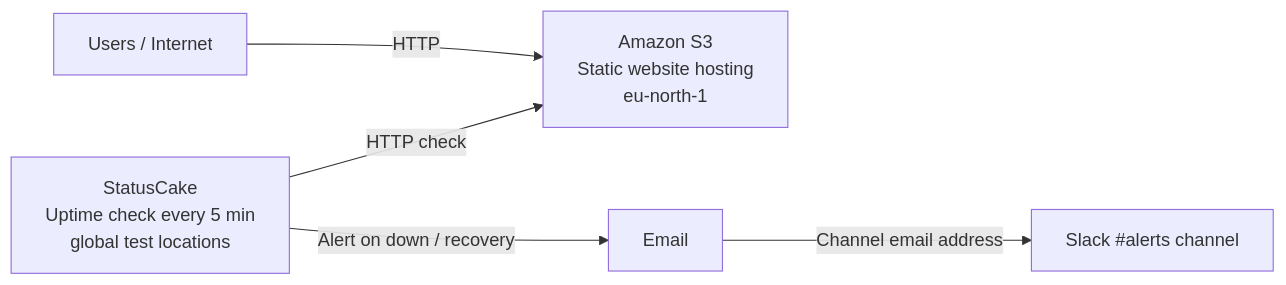
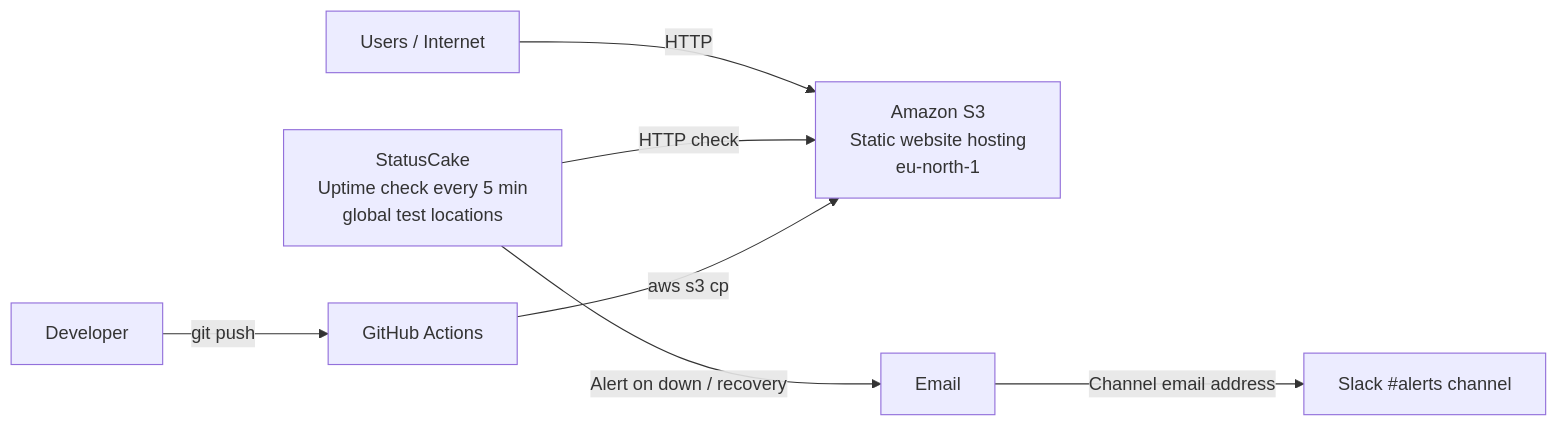
Before and after one commit to AbdullahAlSajid/aws-s3-static-website: the diagram in README.md, drawn with Mermaid. The commit also changed other lines of this file, not shown here.

````diff
--- a/README.md
+++ b/README.md
@@ -9,7 +9,9 @@
 ```mermaid
 flowchart LR
     U[Users / Internet] -->|HTTP| S3[Amazon S3<br/>Static website hosting<br/>eu-north-1]
     SC[StatusCake<br/>Uptime check every 5 min<br/>global test locations] -->|HTTP check| S3
     SC -->|Alert on down / recovery| E[Email]
     E -->|Channel email address| SL[Slack #alerts channel]
+    DEV[Developer] -->|git push| GH[GitHub Actions]
+    GH -->|aws s3 cp| S3
 ```
````
